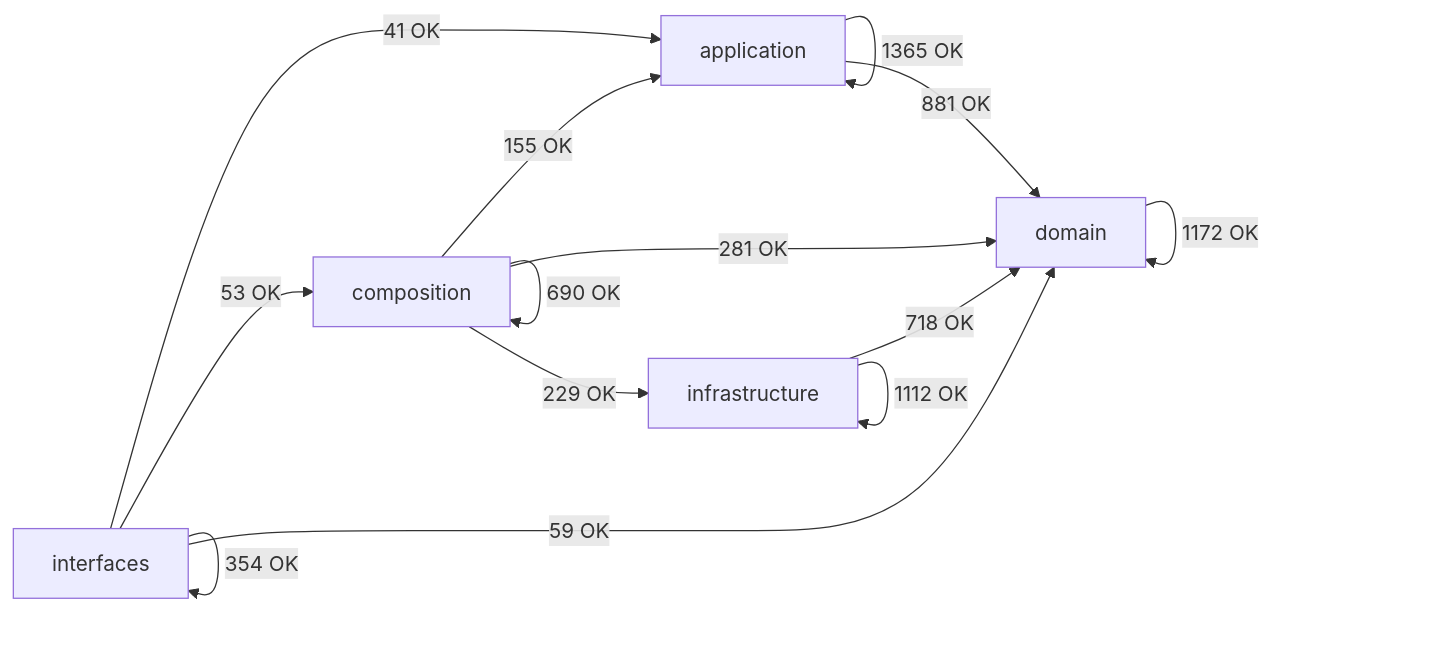
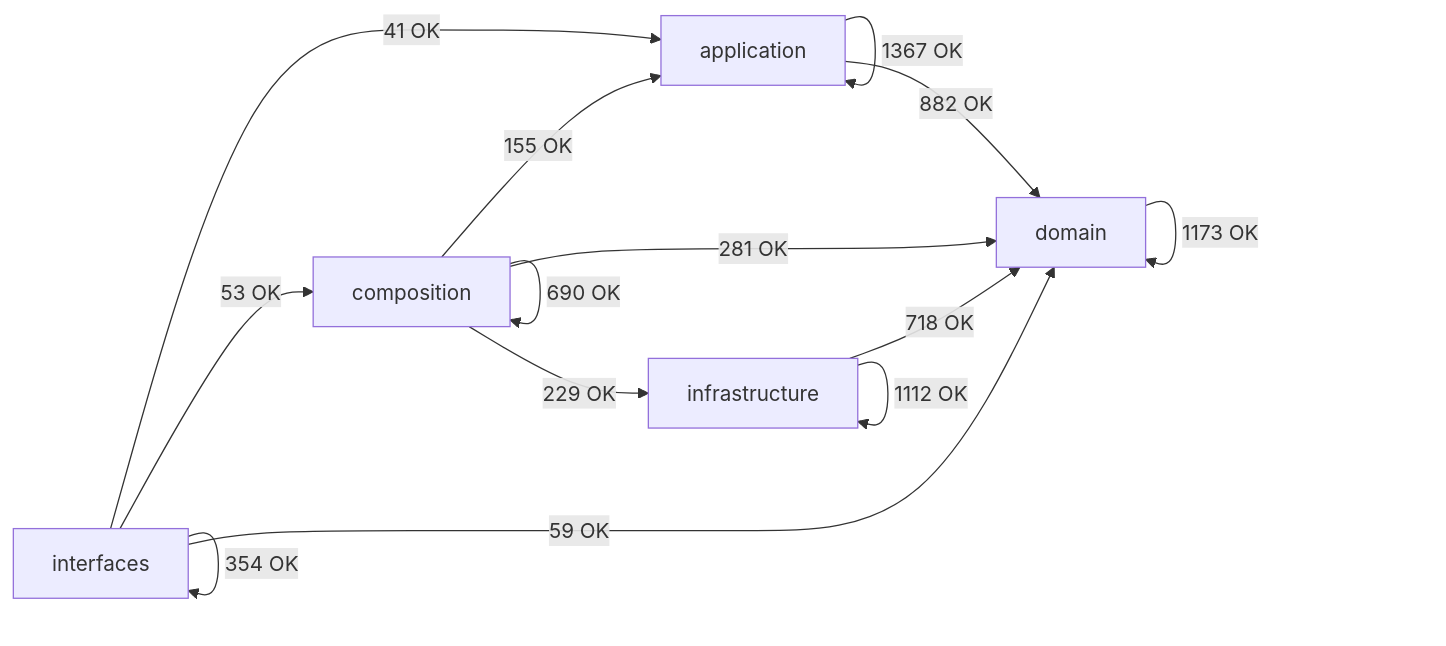
The diagram in docs/02-architecture/generated/module-dependency-map.md (SatoryKono/BioactivityDataAcquisition), drawn with Mermaid before and after one commit. The commit also changed other lines of this file and 6 other files, not shown here.

````diff
--- a/docs/02-architecture/generated/module-dependency-map.md
+++ b/docs/02-architecture/generated/module-dependency-map.md
@@ -17,21 +17,21 @@
 ```mermaid
 flowchart LR
     domain[domain]
     application[application]
     infrastructure[infrastructure]
     composition[composition]
     interfaces[interfaces]
-    application -->|1365 OK| application
-    application -->|881 OK| domain
+    application -->|1367 OK| application
+    application -->|882 OK| domain
     composition -->|155 OK| application
     composition -->|690 OK| composition
     composition -->|281 OK| domain
     composition -->|229 OK| infrastructure
-    domain -->|1172 OK| domain
+    domain -->|1173 OK| domain
     infrastructure -->|718 OK| domain
     infrastructure -->|1112 OK| infrastructure
     interfaces -->|41 OK| application
     interfaces -->|53 OK| composition
     interfaces -->|59 OK| domain
     interfaces -->|354 OK| interfaces
 ```
````
